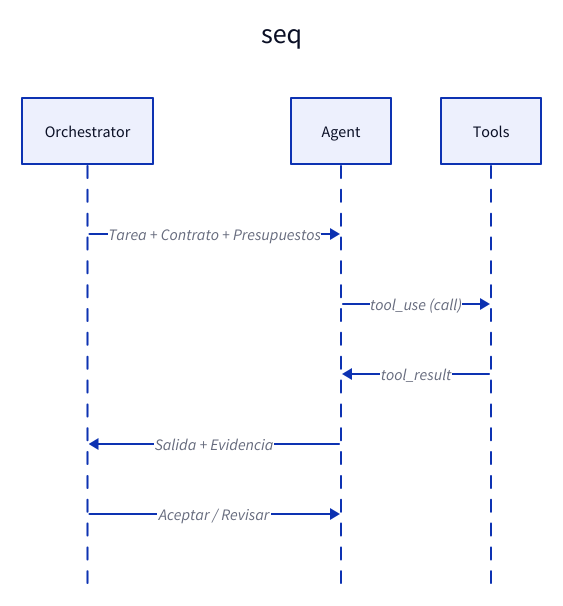
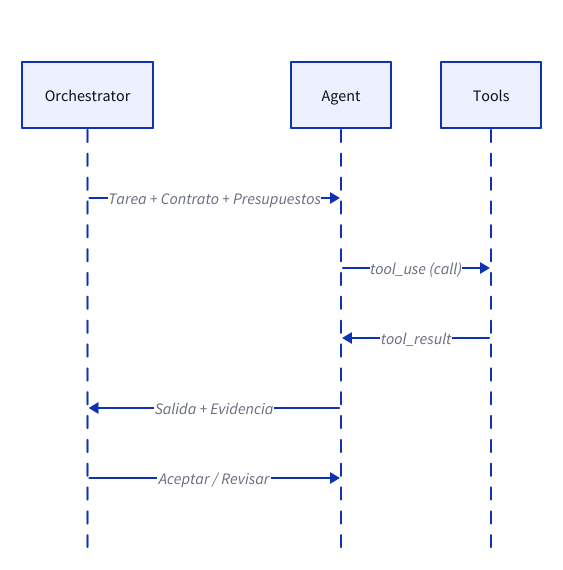
The second of 2 diagrams in src/content/blog/harness-agentic-control.mdx (guspatagonico/software-engineering-blog), drawn with D2 before and after one commit.

Commit message:
fix: hide seq title in sequence diagram

````diff
--- a/src/content/blog/harness-agentic-control.mdx
+++ b/src/content/blog/harness-agentic-control.mdx
@@ -154,15 +154,15 @@
     ```d2
-    seq: {
+    seq: "" {
       shape: sequence_diagram
 
       Orchestrator
       Agent
       Tools
 
       Orchestrator -> Agent: "Tarea + Contrato + Presupuestos"
       Agent -> Tools: "tool_use (call)"
       Tools -> Agent: "tool_result"
       Agent -> Orchestrator: "Salida + Evidencia"
       Orchestrator -> Agent: "Aceptar / Revisar"
     }
     ```
````
